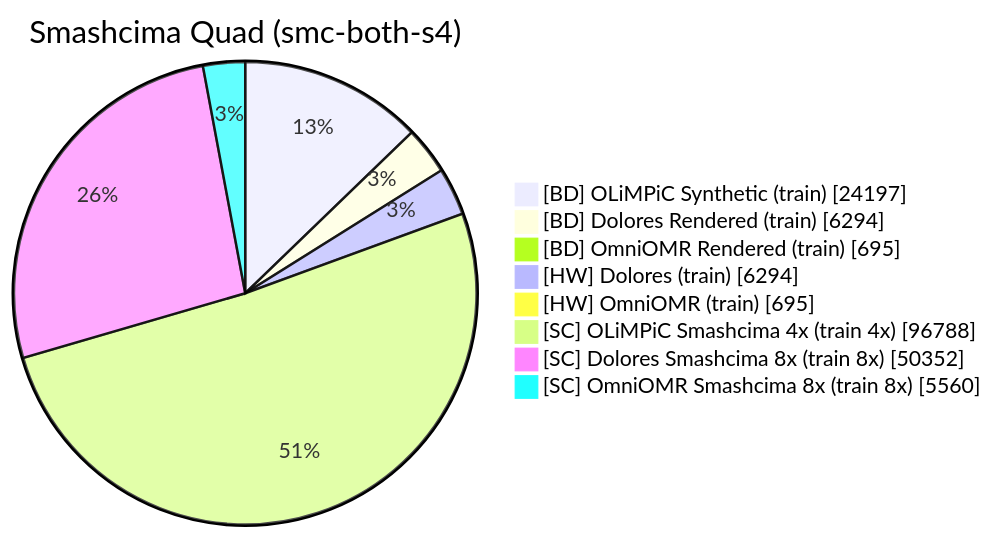
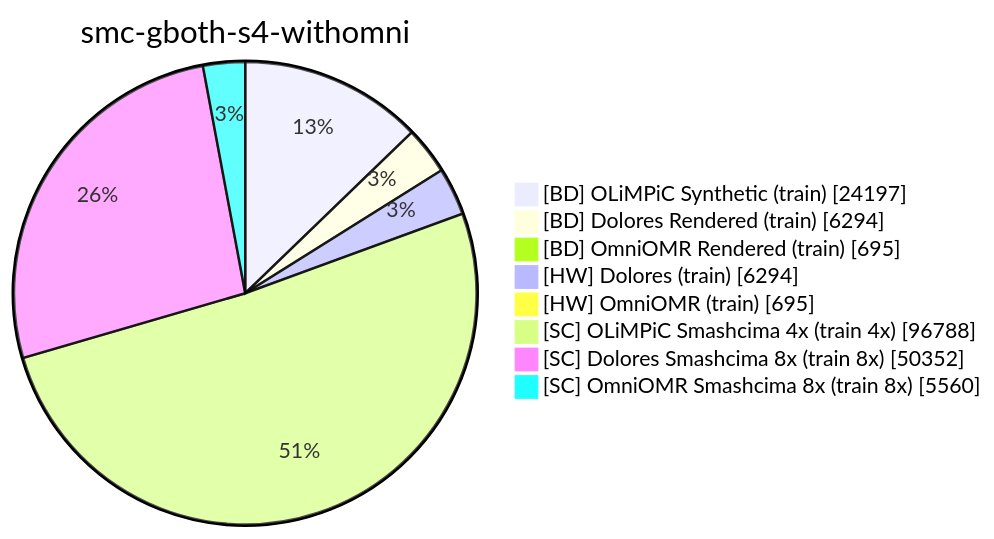
Before and after one commit to Jirka-Mayer/ijdar: the eighth of 8 diagrams in docs/smashcima.md, drawn with Mermaid. The commit also changed other lines of this file and 2 other files, not shown here.

Commit message:
Prepared smc baseline experiments

````diff
--- a/docs/smashcima.md
+++ b/docs/smashcima.md
@@ -104,11 +160,11 @@
 ```mermaid
-pie showData title Smashcima Quad (smc-both-s4)
+pie showData title smc-gboth-s4-withomni
     "[BD] OLiMPiC Synthetic (train)" : 24197
     "[BD] Dolores Rendered (train)" : 6294
     "[BD] OmniOMR Rendered (train)" : 695
     "[HW] Dolores (train)" : 6294
     "[HW] OmniOMR (train)" : 695
     "[SC] OLiMPiC Smashcima 4x (train 4x)" : 96788
     "[SC] Dolores Smashcima 8x (train 8x)" : 50352
     "[SC] OmniOMR Smashcima 8x (train 8x)" : 5560
 ```
````
